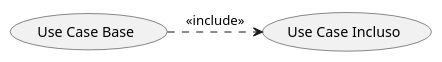
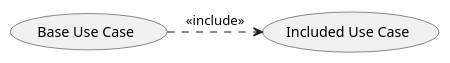
One commit to Seniorsimo/sas-template changed the fifth of 21 diagrams in 03-behavioral-diagrams/use-case-diagrams/README.md. Above: the diagram before and after it, drawn with PlantUML. The commit also changed other lines of this file and 49 other files, not shown here.

````diff
--- a/03-behavioral-diagrams/use-case-diagrams/README.md
+++ b/03-behavioral-diagrams/use-case-diagrams/README.md
@@ -53,3 +53,3 @@
 ```plantuml
-(Use Case Base) .> (Use Case Incluso) : <<include>>
+(Base Use Case) .> (Included Use Case) : <<include>>
 ```
````
